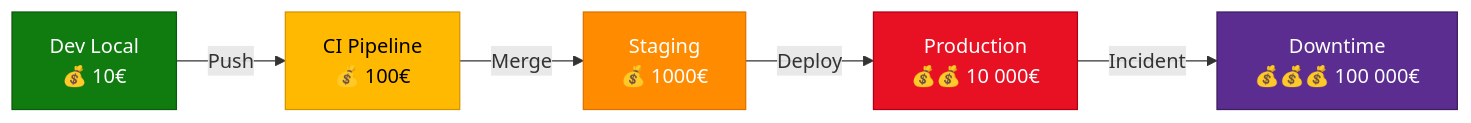
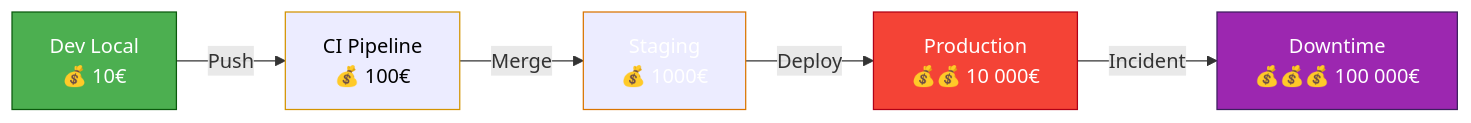
The first of 2 diagrams in docs/formations/devops-foundation/04-module.md (VBlackJack/ShellBook), drawn with Mermaid before and after one commit. The commit also changed other lines of this file and 337 other files, not shown here.

First line of the commit message:
refactor(docs): Standardize code blocks and Mermaid colors

````diff
--- a/docs/formations/devops-foundation/04-module.md
+++ b/docs/formations/devops-foundation/04-module.md
@@ -25,13 +25,13 @@
 ```mermaid
 flowchart LR
     A[Dev Local<br/>💰 10€] -->|Push| B[CI Pipeline<br/>💰 100€]
     B -->|Merge| C[Staging<br/>💰 1000€]
     C -->|Deploy| D[Production<br/>💰💰 10 000€]
     D -->|Incident| E[Downtime<br/>💰💰💰 100 000€]
 
-    style A fill:#107c10,stroke:#0b5a0d,color:#fff
-    style B fill:#ffb900,stroke:#d39300,color:#000
-    style C fill:#ff8c00,stroke:#d97400,color:#fff
-    style D fill:#e81123,stroke:#b00016,color:#fff
-    style E fill:#5c2d91,stroke:#3d1e5f,color:#fff
+    style A fill:#4CAF50,stroke:#0b5a0d,color:#fff
+    style B fill:#FF9800800800,stroke:#d39300,color:#000
+    style C fill:#FF9800800800,stroke:#d97400,color:#fff
+    style D fill:#f44336,stroke:#b00016,color:#fff
+    style E fill:#9C27B0,stroke:#3d1e5f,color:#fff
 ```
````
